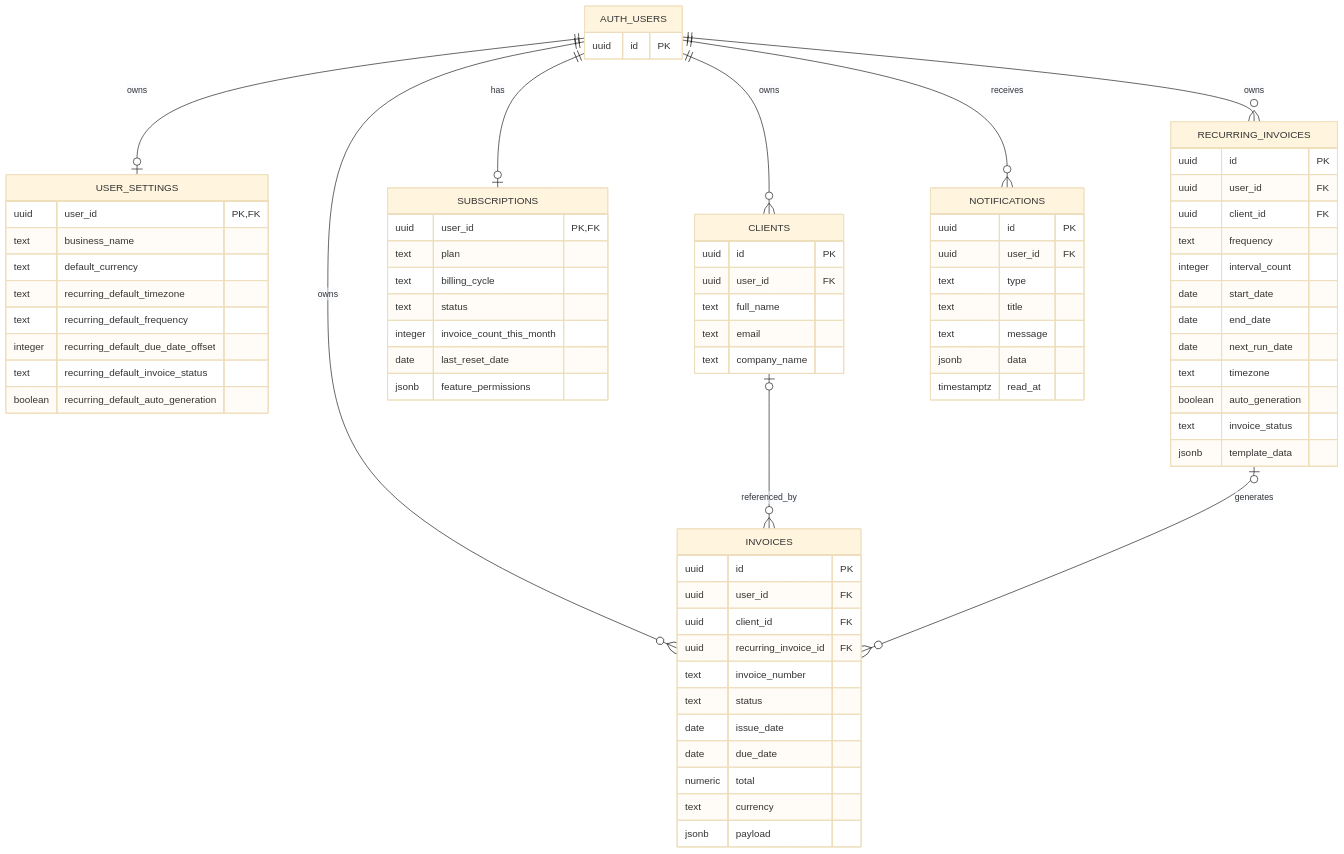
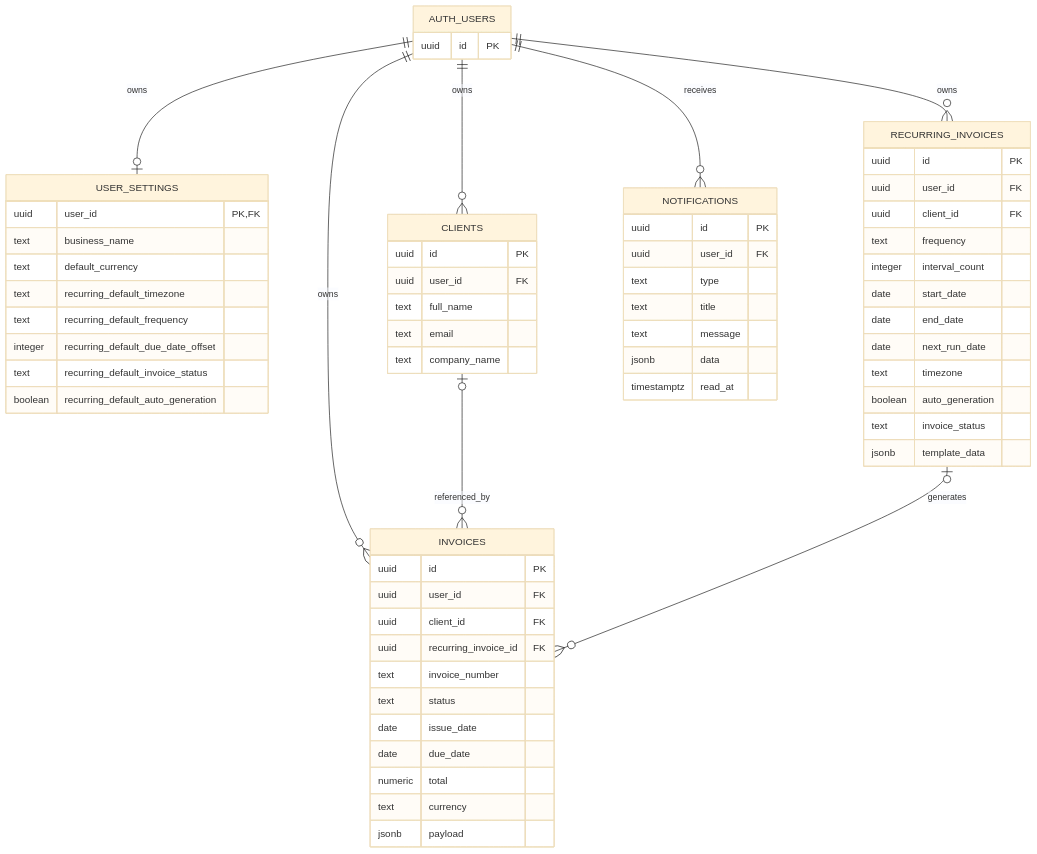
Before and after one commit to hk1277008-sudo/Invoice-Focus: the diagram in docs/invoice-focus/02-database-schema-and-erd.md, drawn with Mermaid (base theme). The commit also changed other lines of this file and 60 other files, not shown here.

````diff
--- a/docs/invoice-focus/02-database-schema-and-erd.md
+++ b/docs/invoice-focus/02-database-schema-and-erd.md
@@ -19,77 +31,67 @@
 ```mermaid
 erDiagram
   AUTH_USERS ||--o| USER_SETTINGS : owns
   AUTH_USERS ||--o{ INVOICES : owns
   AUTH_USERS ||--o{ CLIENTS : owns
-  AUTH_USERS ||--o| SUBSCRIPTIONS : has
   AUTH_USERS ||--o{ RECURRING_INVOICES : owns
   AUTH_USERS ||--o{ NOTIFICATIONS : receives
   CLIENTS o|--o{ INVOICES : referenced_by
   RECURRING_INVOICES o|--o{ INVOICES : generates
 
   AUTH_USERS {
     uuid id PK
   }
   USER_SETTINGS {
     uuid user_id PK,FK
     text business_name
     text default_currency
     text recurring_default_timezone
     text recurring_default_frequency
     integer recurring_default_due_date_offset
     text recurring_default_invoice_status
     boolean recurring_default_auto_generation
   }
   INVOICES {
     uuid id PK
     uuid user_id FK
     uuid client_id FK
     uuid recurring_invoice_id FK
     text invoice_number
     text status
     date issue_date
     date due_date
     numeric total
     text currency
     jsonb payload
   }
   CLIENTS {
     uuid id PK
     uuid user_id FK
     text full_name
     text email
     text company_name
   }
-  SUBSCRIPTIONS {
-    uuid user_id PK,FK
-    text plan
-    text billing_cycle
-    text status
-    integer invoice_count_this_month
-    date last_reset_date
-    jsonb feature_permissions
-  }
   RECURRING_INVOICES {
     uuid id PK
     uuid user_id FK
     uuid client_id FK
     text frequency
     integer interval_count
     date start_date
     date end_date
     date next_run_date
     text timezone
     boolean auto_generation
     text invoice_status
     jsonb template_data
   }
   NOTIFICATIONS {
     uuid id PK
     uuid user_id FK
     text type
     text title
     text message
     jsonb data
     timestamptz read_at
   }
 ```
````
